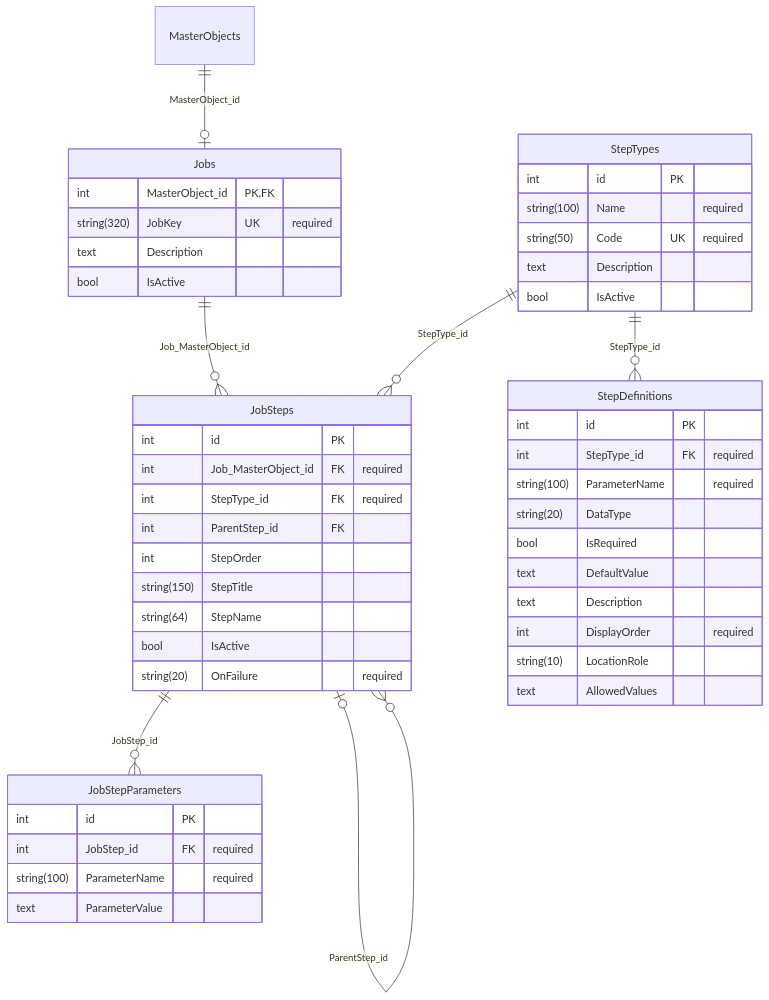
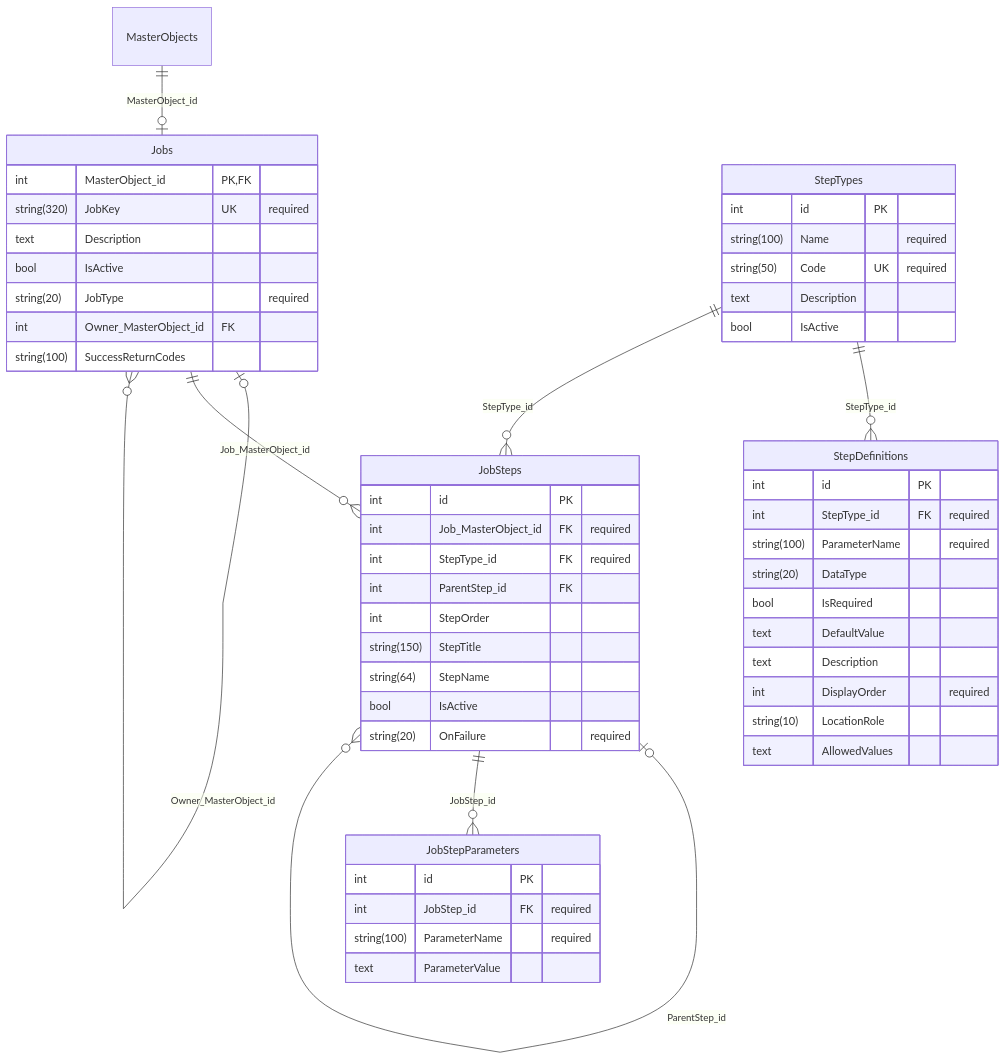
The third of 5 diagrams in docs/DB_SCHEMA.md (JayCBoal/AutomationApp), drawn with Mermaid before and after one commit. The commit also changed other lines of this file and 7 other files, not shown here.

````diff
--- a/docs/DB_SCHEMA.md
+++ b/docs/DB_SCHEMA.md
@@ -133,51 +142,55 @@
 ```mermaid
 erDiagram
     Jobs {
         int MasterObject_id PK, FK
         string(320) JobKey UK "required"
         text Description
         bool IsActive
+        string(20) JobType "required"
+        int Owner_MasterObject_id FK
+        string(100) SuccessReturnCodes
     }
     JobSteps {
         int id PK
         int Job_MasterObject_id FK "required"
         int StepType_id FK "required"
         int ParentStep_id FK
         int StepOrder
         string(150) StepTitle
         string(64) StepName
         bool IsActive
         string(20) OnFailure "required"
     }
     JobStepParameters {
         int id PK
         int JobStep_id FK "required"
         string(100) ParameterName "required"
         text ParameterValue
     }
     StepTypes {
         int id PK
         string(100) Name "required"
         string(50) Code UK "required"
         text Description
         bool IsActive
     }
     StepDefinitions {
         int id PK
         int StepType_id FK "required"
         string(100) ParameterName "required"
         string(20) DataType
         bool IsRequired
         text DefaultValue
         text Description
         int DisplayOrder "required"
         string(10) LocationRole
         text AllowedValues
     }
     MasterObjects ||--o| Jobs : "MasterObject_id"
+    Jobs |o--o{ Jobs : "Owner_MasterObject_id"
     StepTypes ||--o{ StepDefinitions : "StepType_id"
     Jobs ||--o{ JobSteps : "Job_MasterObject_id"
     StepTypes ||--o{ JobSteps : "StepType_id"
     JobSteps |o--o{ JobSteps : "ParentStep_id"
     JobSteps ||--o{ JobStepParameters : "JobStep_id"
 ```
````
